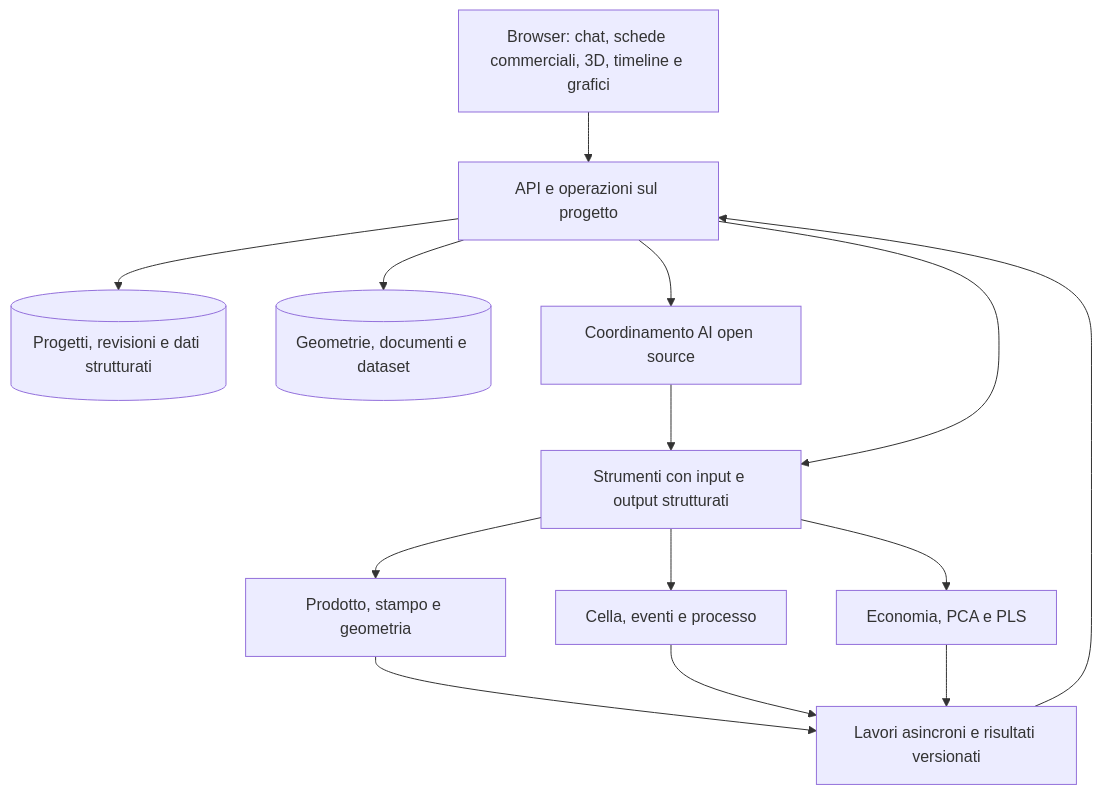
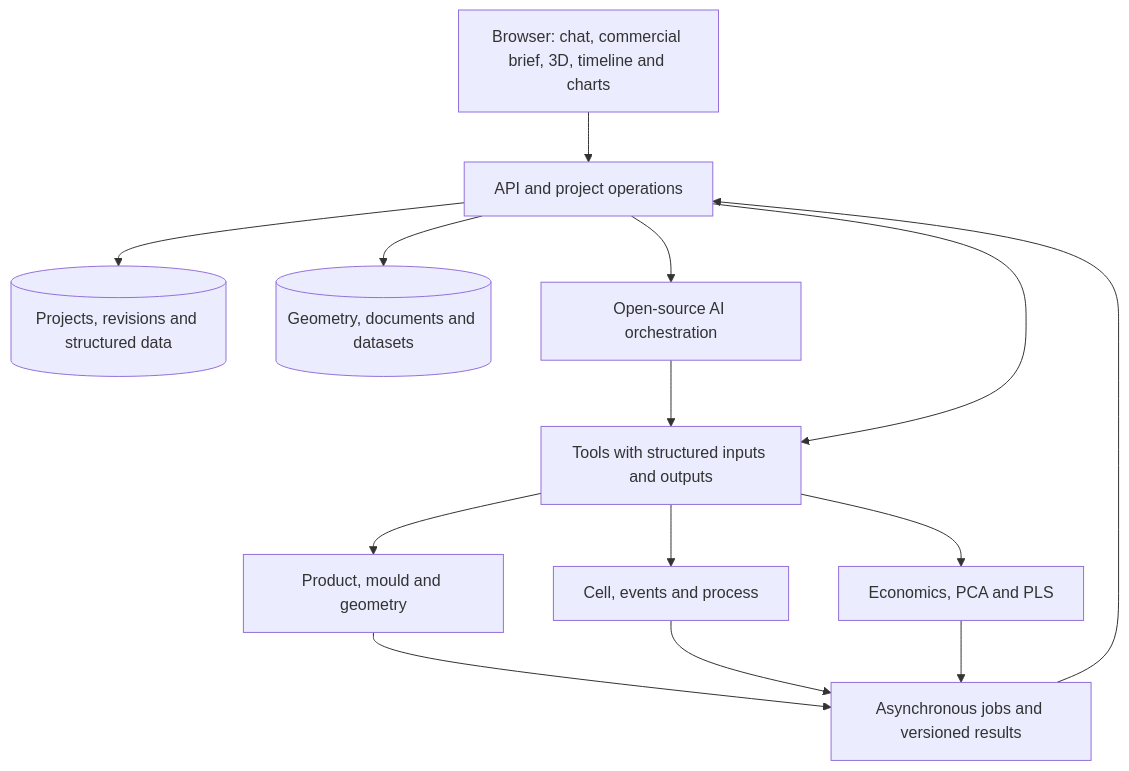
One commit to MarDan93/pca-process-monitor changed the diagram in docs/product/ARCHITECTURE.md. Above: the diagram before and after it, drawn with Mermaid. The commit also changed other lines of this file and 38 other files, not shown here.

````diff
--- a/docs/product/ARCHITECTURE.md
+++ b/docs/product/ARCHITECTURE.md
@@ -7,16 +7,16 @@
 ```mermaid
 flowchart TD
-    U[Browser: chat, schede commerciali, 3D, timeline e grafici] --> API[API e operazioni sul progetto]
-    API --> P[(Progetti, revisioni e dati strutturati)]
-    API --> F[(Geometrie, documenti e dataset)]
-    API --> AI[Coordinamento AI open source]
-    AI --> T[Strumenti con input e output strutturati]
+    U[Browser: chat, commercial brief, 3D, timeline and charts] --> API[API and project operations]
+    API --> P[(Projects, revisions and structured data)]
+    API --> F[(Geometry, documents and datasets)]
+    API --> AI[Open-source AI orchestration]
+    AI --> T[Tools with structured inputs and outputs]
     API --> T
-    T --> C[Prodotto, stampo e geometria]
-    T --> S[Cella, eventi e processo]
-    T --> E[Economia, PCA e PLS]
-    C --> J[Lavori asincroni e risultati versionati]
+    T --> C[Product, mould and geometry]
+    T --> S[Cell, events and process]
+    T --> E[Economics, PCA and PLS]
+    C --> J[Asynchronous jobs and versioned results]
     S --> J
     E --> J
     J --> API
 ```
````
